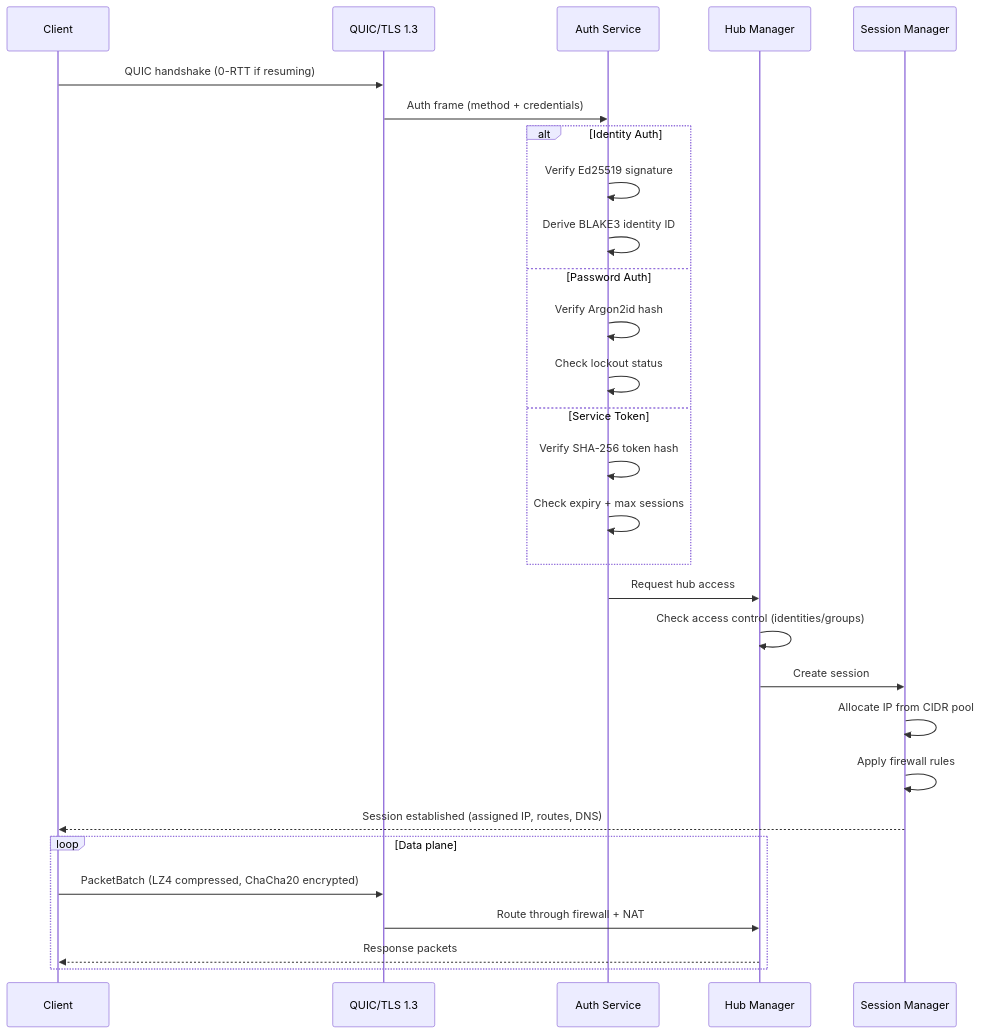
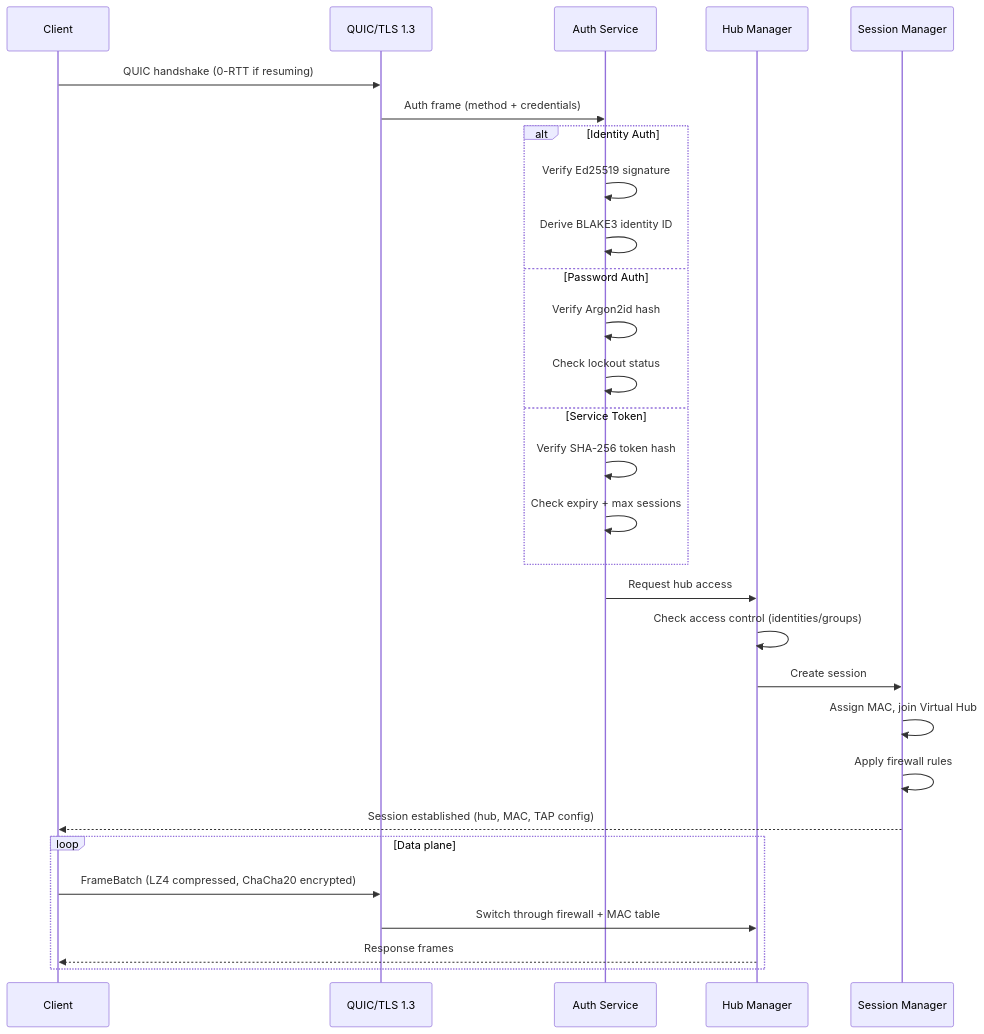
One commit to quicether/book changed the third of 5 diagrams in diagrams/architecture.md. Above: the diagram before and after it, drawn with Mermaid. The commit also changed other lines of this file and 18 other files, not shown here.

First line of the commit message:
Refactor QuicEther to support Layer 2 (TAP) architecture with Local Bridge functionality

````diff
--- a/diagrams/architecture.md
+++ b/diagrams/architecture.md
@@ -108,35 +113,35 @@
 ```mermaid
 sequenceDiagram
     participant C as Client
     participant Q as QUIC/TLS 1.3
     participant A as Auth Service
     participant H as Hub Manager
     participant S as Session Manager
 
     C->>Q: QUIC handshake (0-RTT if resuming)
     Q->>A: Auth frame (method + credentials)
     
     alt Identity Auth
         A->>A: Verify Ed25519 signature
         A->>A: Derive BLAKE3 identity ID
     else Password Auth
         A->>A: Verify Argon2id hash
         A->>A: Check lockout status
     else Service Token
         A->>A: Verify SHA-256 token hash
         A->>A: Check expiry + max sessions
     end
     
     A->>H: Request hub access
     H->>H: Check access control (identities/groups)
     H->>S: Create session
-    S->>S: Allocate IP from CIDR pool
+    S->>S: Assign MAC, join Virtual Hub
     S->>S: Apply firewall rules
-    S-->>C: Session established (assigned IP, routes, DNS)
+    S-->>C: Session established (hub, MAC, TAP config)
     
     loop Data plane
-        C->>Q: PacketBatch (LZ4 compressed, ChaCha20 encrypted)
-        Q->>H: Route through firewall + NAT
-        H-->>C: Response packets
+        C->>Q: FrameBatch (LZ4 compressed, ChaCha20 encrypted)
+        Q->>H: Switch through firewall + MAC table
+        H-->>C: Response frames
     end
 ```
````
